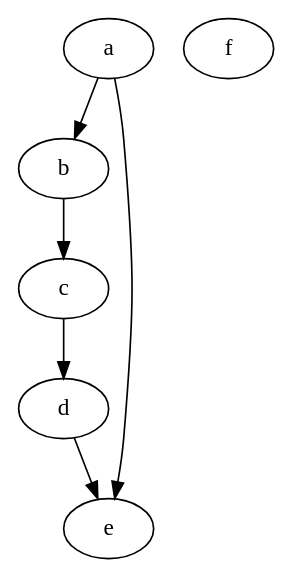
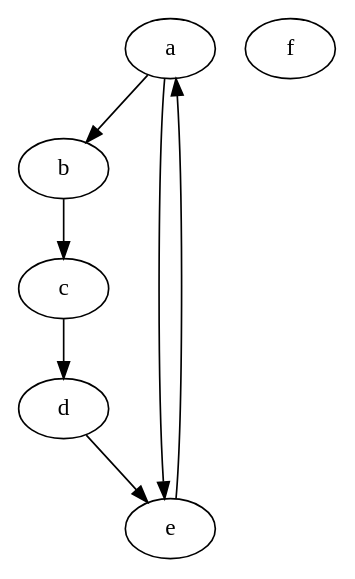
One commit to DhavalPatodiya/CSE-464-2023-dpatodiy changed the diagram in actual.dot. Above: the diagram before and after it, drawn with Graphviz. The commit also changed 4 other files, not shown here.

```diff
--- a/actual.dot
+++ b/actual.dot
@@ -1,9 +1,9 @@
 digraph {
 a -> b
 a -> e
 b -> c
 c -> d
 d -> e
-e
+e -> a
 f
 }
```
